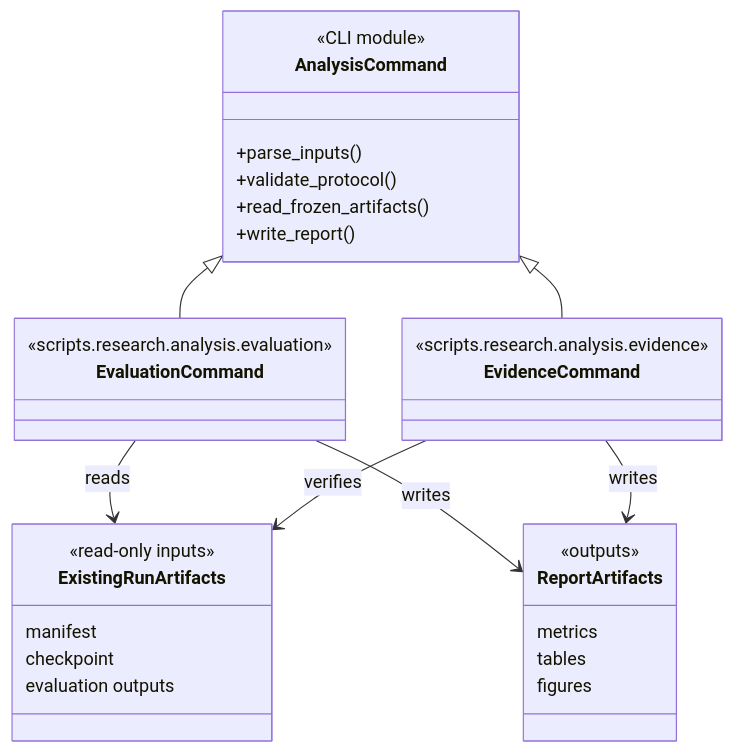
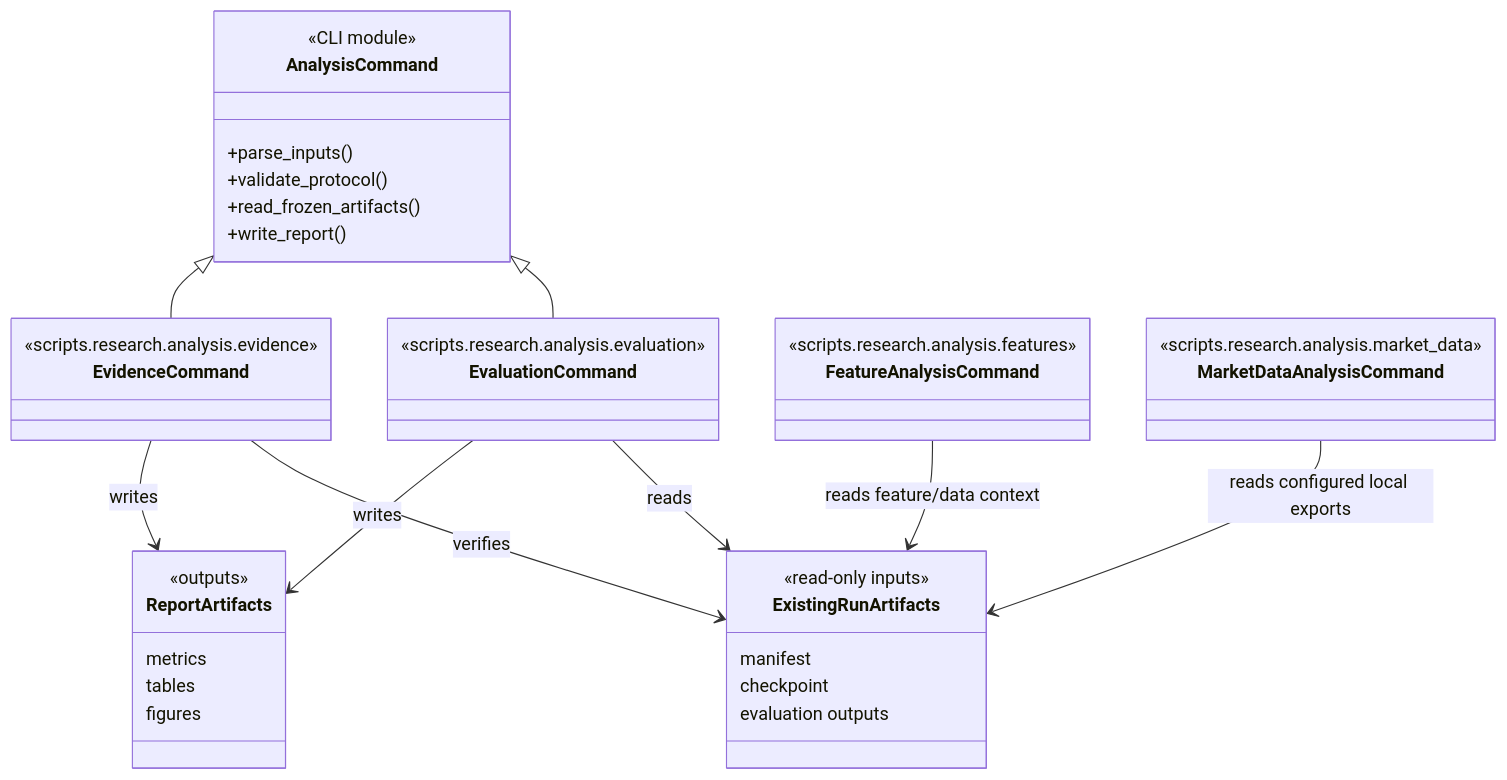
The diagram in scripts/research/analysis/README.md (nntk072/Quantitative-RL-Trading-System), drawn with Mermaid before and after one commit. The commit also changed other lines of this file and 1229 other files, not shown here.

````diff
--- a/scripts/research/analysis/README.md
+++ b/scripts/research/analysis/README.md
@@ -16,34 +19,42 @@
 ```mermaid
 classDiagram
     class AnalysisCommand {
         <<CLI module>>
         +parse_inputs()
         +validate_protocol()
         +read_frozen_artifacts()
         +write_report()
     }
     class EvaluationCommand {
         <<scripts.research.analysis.evaluation>>
     }
     class EvidenceCommand {
         <<scripts.research.analysis.evidence>>
+    }
+    class FeatureAnalysisCommand {
+        <<scripts.research.analysis.features>>
+    }
+    class MarketDataAnalysisCommand {
+        <<scripts.research.analysis.market_data>>
     }
     class ExistingRunArtifacts {
         <<read-only inputs>>
         manifest
         checkpoint
         evaluation outputs
     }
     class ReportArtifacts {
         <<outputs>>
         metrics
         tables
         figures
     }
     AnalysisCommand <|-- EvaluationCommand
     AnalysisCommand <|-- EvidenceCommand
     EvaluationCommand --> ExistingRunArtifacts : reads
     EvidenceCommand --> ExistingRunArtifacts : verifies
+    FeatureAnalysisCommand --> ExistingRunArtifacts : reads feature/data context
+    MarketDataAnalysisCommand --> ExistingRunArtifacts : reads configured local exports
     EvaluationCommand --> ReportArtifacts : writes
     EvidenceCommand --> ReportArtifacts : writes
 ```
````
